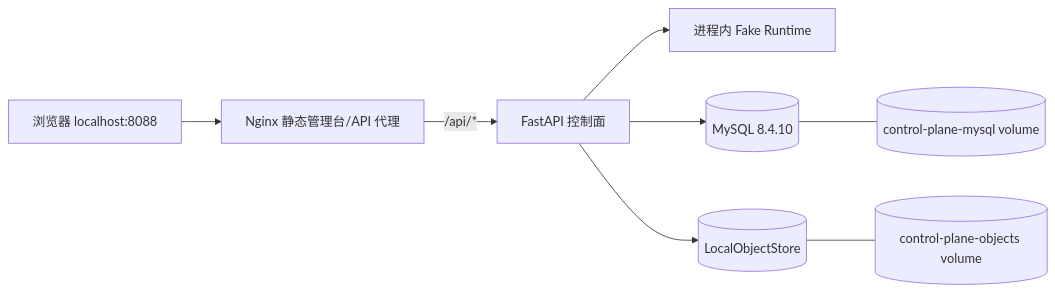
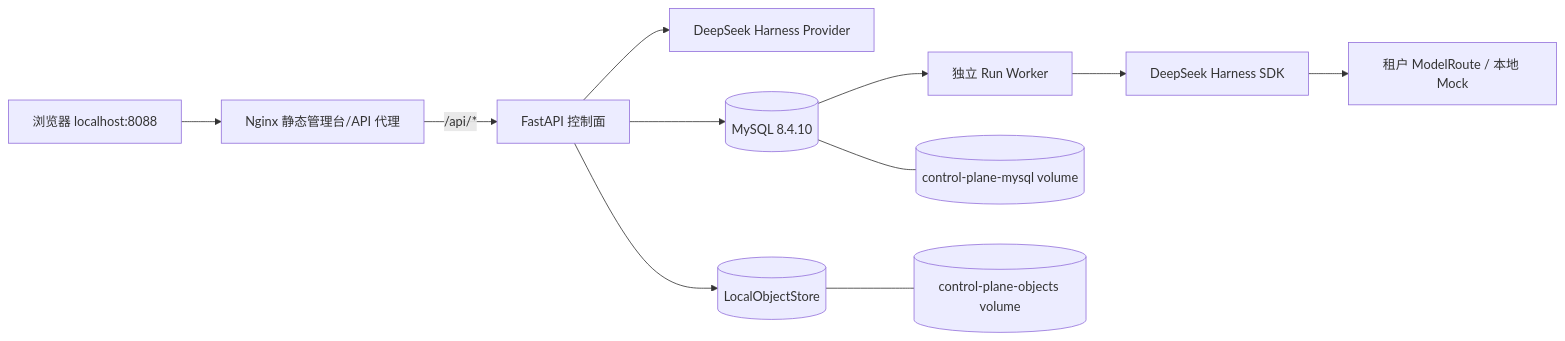
One commit to liulisheng/agentDemo changed the first of 2 diagrams in docs/Docker本地验证指南.md. Above: the diagram before and after it, drawn with Mermaid. The commit also changed other lines of this file and 153 other files, not shown here.

````diff
--- a/docs/Docker本地验证指南.md
+++ b/docs/Docker本地验证指南.md
@@ -7,10 +7,13 @@
 ```mermaid
 flowchart LR
     Browser[浏览器 localhost:8088] --> Web[Nginx 静态管理台/API 代理]
     Web -->|/api/*| API[FastAPI 控制面]
-    API --> Runtime[进程内 Fake Runtime]
+    API --> Registry[DeepSeek Harness Provider]
     API --> DB[(MySQL 8.4.10)]
+    DB --> Worker[独立 Run Worker]
+    Worker --> Harness[DeepSeek Harness SDK]
+    Harness --> Model[租户 ModelRoute / 本地 Mock]
     API --> Store[(LocalObjectStore)]
     DB --- DBVolume[(control-plane-mysql volume)]
     Store --- ObjectVolume[(control-plane-objects volume)]
 ```
````
